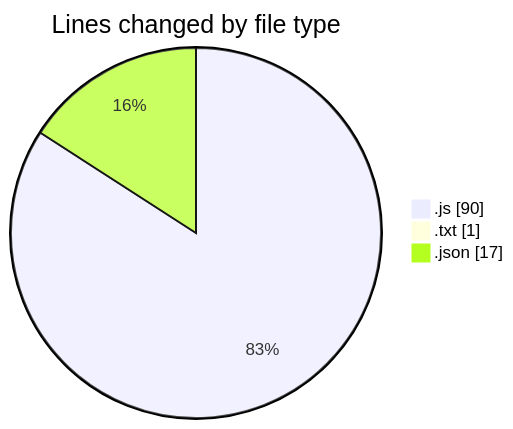
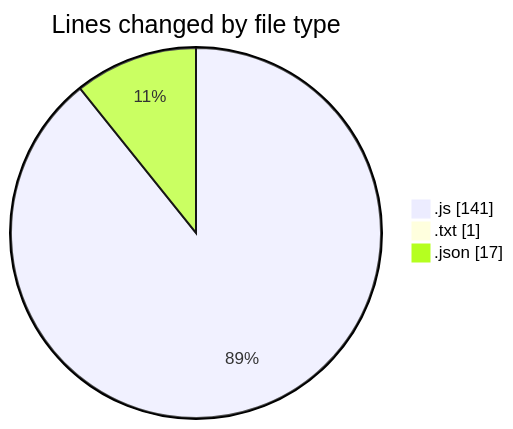
Before and after one commit to BS-eng2023/code-tracking: the first of 2 diagrams in 2025-03-17/nodejs/README.md, drawn with Mermaid. The commit also changed other lines of this file and 1 other file, not shown here.

````diff
--- a/2025-03-17/nodejs/README.md
+++ b/2025-03-17/nodejs/README.md
@@ -23,7 +24,7 @@
 ```mermaid
 pie showData
 title Lines changed by file type
-".js" : 90
+".js" : 141
 ".txt" : 1
 ".json" : 17
 ```
````
